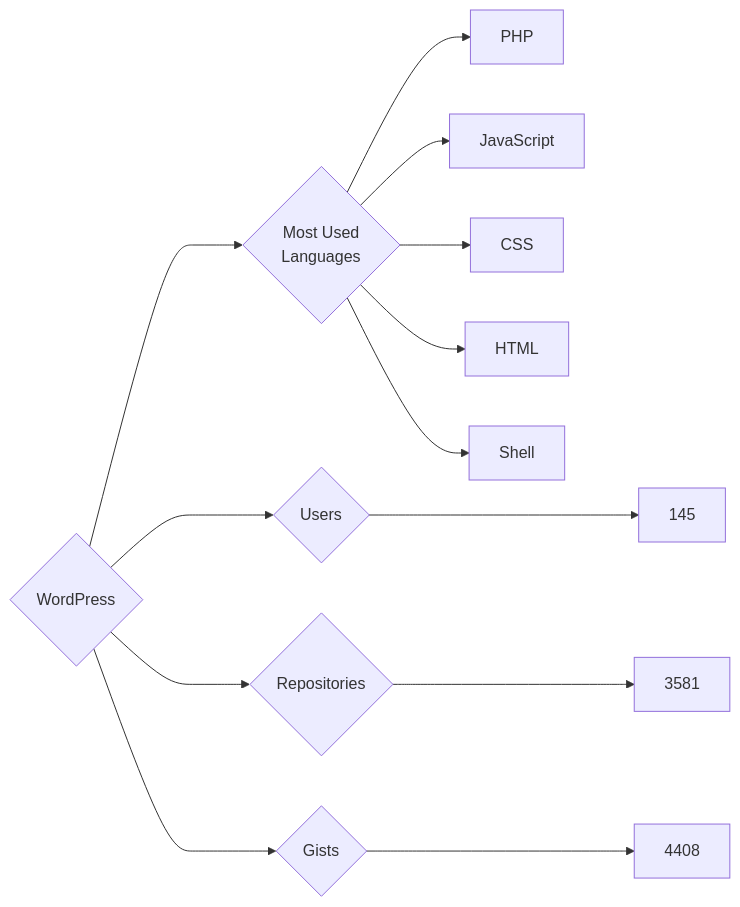
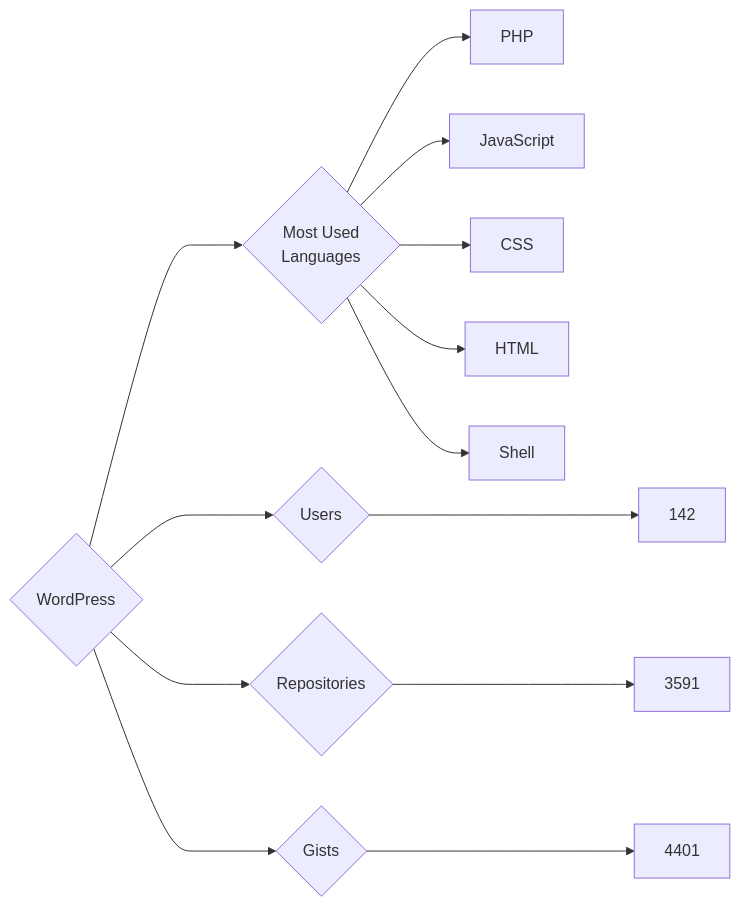
The diagram in targets/WordPress/README.md (trickest/insiders), drawn with Mermaid before and after one commit. The commit also changed 1479 other files, not shown here.

````diff
--- a/targets/WordPress/README.md
+++ b/targets/WordPress/README.md
@@ -3,13 +3,13 @@
 ```mermaid
 graph LR
 COMPANY_NAME{WordPress}
-COMPANY_NAME ---> U{Users} ---> UN[145]
-COMPANY_NAME ---> R{Repositories} ---> RN[3581]
-COMPANY_NAME ---> G{Gists} ---> GN[4408]
+COMPANY_NAME ---> U{Users} ---> UN[142]
+COMPANY_NAME ---> R{Repositories} ---> RN[3591]
+COMPANY_NAME ---> G{Gists} ---> GN[4401]
 COMPANY_NAME ---> ML{Most Used<br>Languages}
 ML --> PHP[PHP]
 ML --> JavaScript[JavaScript]
 ML --> CSS[CSS]
 ML --> HTML[HTML]
 ML --> Shell[Shell]
 ```
````
